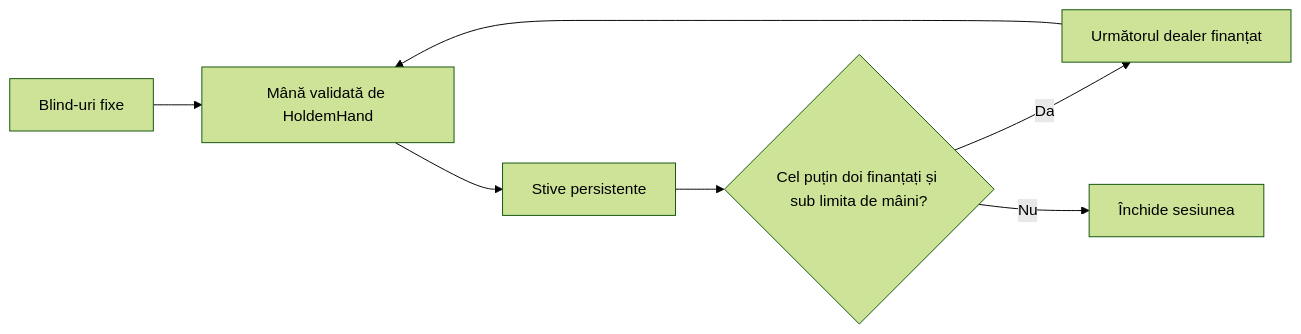
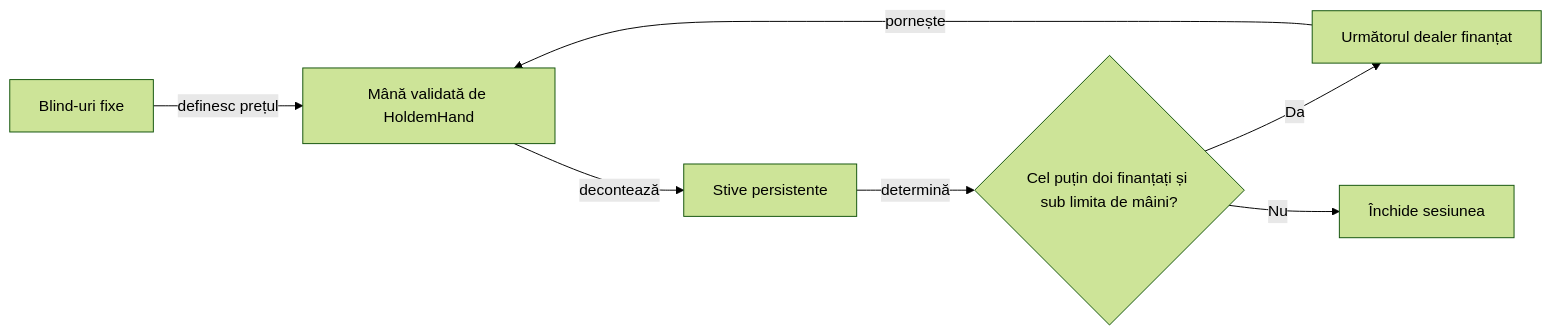
One commit to crististefanita/atf_j6 changed the second of 2 diagrams in docs/requirements/TOURNAMENT_RULES.md. Above: the diagram before and after it, drawn with Mermaid (forest theme). The commit also changed other lines of this file and 108 other files, not shown here.

````diff
--- a/docs/requirements/TOURNAMENT_RULES.md
+++ b/docs/requirements/TOURNAMENT_RULES.md
@@ -110,9 +148,9 @@
 ```mermaid
 flowchart LR
-    FIXED[Blind-uri fixe] --> HAND[Mână validată de HoldemHand]
-    HAND --> STACKS[Stive persistente]
-    STACKS --> FUNDED{Cel puțin doi finanțați și sub limita de mâini?}
+    FIXED[Blind-uri fixe] -->|definesc prețul| HAND[Mână validată de HoldemHand]
+    HAND -->|decontează| STACKS[Stive persistente]
+    STACKS -->|determină| FUNDED{Cel puțin doi finanțați și sub limita de mâini?}
     FUNDED -->|Da| BUTTON[Următorul dealer finanțat]
-    BUTTON --> HAND
+    BUTTON -->|pornește| HAND
     FUNDED -->|Nu| DONE[Închide sesiunea]
 ```
````
